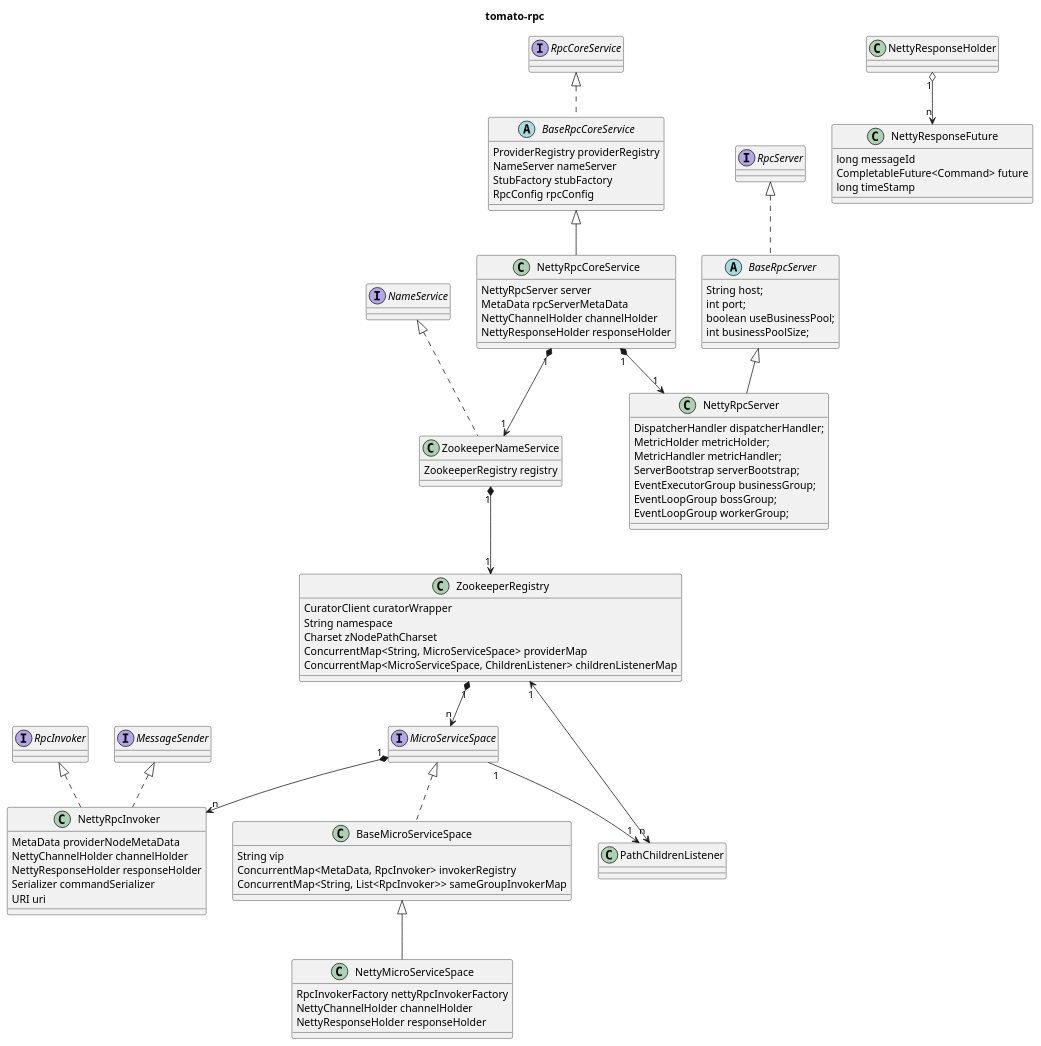
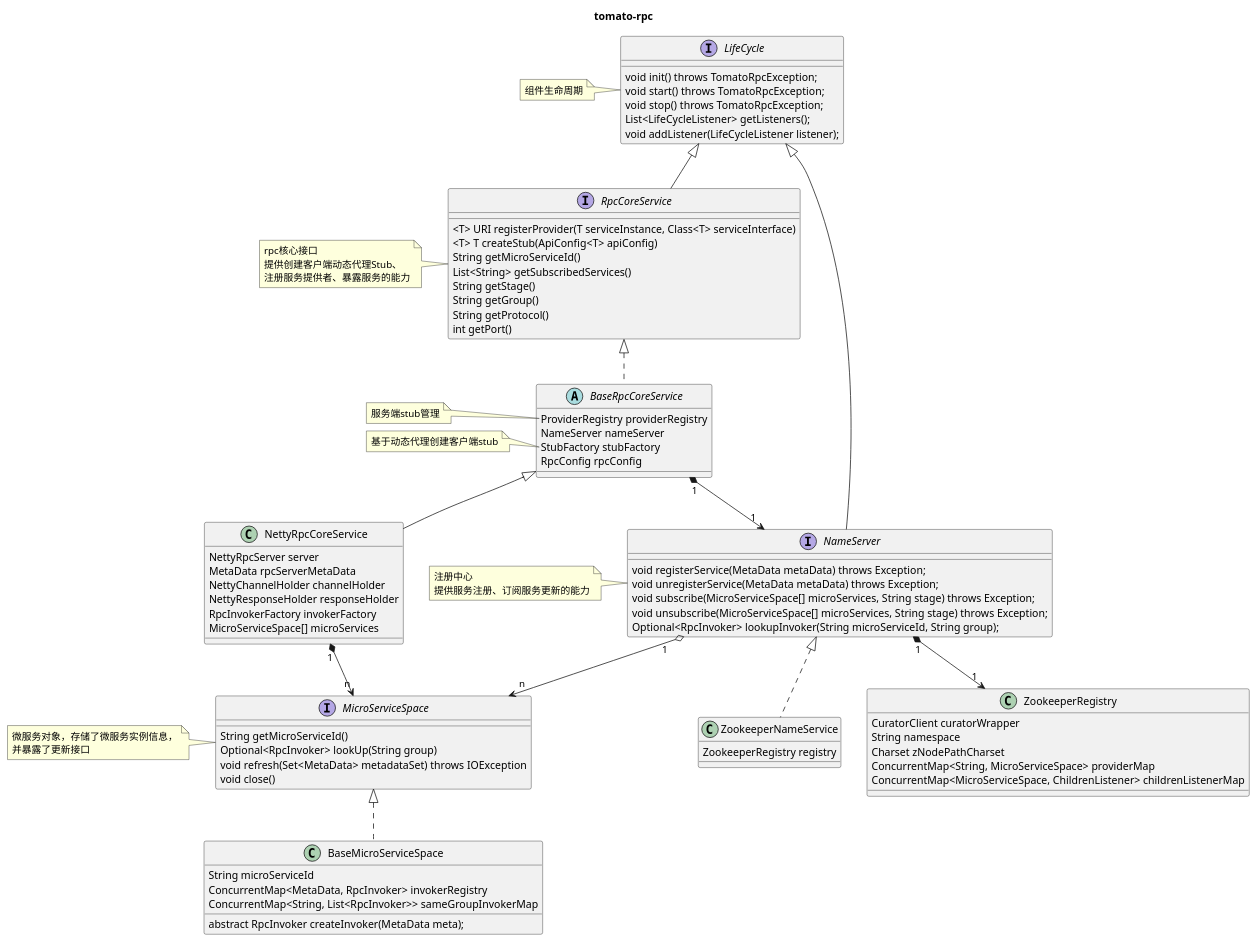
Before and after one commit to CompassA/tomato-rpc: the diagram in uml/class.puml, drawn with PlantUML. The commit also changed 48 other files, not shown here.

Commit message:
feature: 调整MicroServiceSpace与NameServer的依赖关系，NameServer不负责MicroService的创建

```diff
--- a/uml/class.puml
+++ b/uml/class.puml
@@ -1,84 +1,109 @@
 @startuml
 
 title tomato-rpc
+interface LifeCycle {
 
-class ZookeeperNameService implements NameService {
+    void init() throws TomatoRpcException;
+    void start() throws TomatoRpcException;
+    void stop() throws TomatoRpcException;
+    List<LifeCycleListener> getListeners();
+    void addListener(LifeCycleListener listener);
+}
+
+interface RpcCoreService extends LifeCycle {
+    <T> URI registerProvider(T serviceInstance, Class<T> serviceInterface)
+    <T> T createStub(ApiConfig<T> apiConfig)
+    String getMicroServiceId()
+    List<String> getSubscribedServices()
+    String getStage()
+    String getGroup()
+    String getProtocol()
+    int getPort()
+}
+
+abstract class BaseRpcCoreService implements RpcCoreService {
+    ProviderRegistry providerRegistry
+    NameServer nameServer
+    StubFactory stubFactory
+    RpcConfig rpcConfig
+}
+
+interface NameServer extends LifeCycle {
+    void registerService(MetaData metaData) throws Exception;
+    void unregisterService(MetaData metaData) throws Exception;
+    void subscribe(MicroServiceSpace[] microServices, String stage) throws Exception;
+    void unsubscribe(MicroServiceSpace[] microServices, String stage) throws Exception;
+    Optional<RpcInvoker> lookupInvoker(String microServiceId, String group);
+
+}
+
+interface MicroServiceSpace {
+    String getMicroServiceId()
+    Optional<RpcInvoker> lookUp(String group)
+    void refresh(Set<MetaData> metadataSet) throws IOException
+    void close()
+}
+
+class ZookeeperNameService implements NameServer {
     ZookeeperRegistry registry
 }
 
 class ZookeeperRegistry {
     CuratorClient curatorWrapper
     String namespace
     Charset zNodePathCharset
     ConcurrentMap<String, MicroServiceSpace> providerMap
     ConcurrentMap<MicroServiceSpace, ChildrenListener> childrenListenerMap
 }
 
-abstract class BaseRpcServer implements RpcServer {
-    String host;
-    int port;
-    boolean useBusinessPool;
-    int businessPoolSize;
-}
-
-class NettyRpcServer extends BaseRpcServer {
-    DispatcherHandler dispatcherHandler;
-    MetricHolder metricHolder;
-    MetricHandler metricHandler;
-    ServerBootstrap serverBootstrap;
-    EventExecutorGroup businessGroup;
-    EventLoopGroup bossGroup;
-    EventLoopGroup workerGroup;
-}
-
-
-abstract class BaseRpcCoreService implements RpcCoreService {
-    ProviderRegistry providerRegistry
-    NameServer nameServer
-    StubFactory stubFactory
-    RpcConfig rpcConfig
-}
-
 class NettyRpcCoreService extends BaseRpcCoreService {
     NettyRpcServer server
     MetaData rpcServerMetaData
     NettyChannelHolder channelHolder
     NettyResponseHolder responseHolder
+    RpcInvokerFactory invokerFactory
+    MicroServiceSpace[] microServices
 }
 
 class BaseMicroServiceSpace implements MicroServiceSpace {
-    String vip
+    String microServiceId
     ConcurrentMap<MetaData, RpcInvoker> invokerRegistry
     ConcurrentMap<String, List<RpcInvoker>> sameGroupInvokerMap
+    abstract RpcInvoker createInvoker(MetaData meta);
 }
 
-class NettyMicroServiceSpace extends BaseMicroServiceSpace {
-    RpcInvokerFactory nettyRpcInvokerFactory
-    NettyChannelHolder channelHolder
-    NettyResponseHolder responseHolder
-}
+BaseRpcCoreService "1" *--> "1" NameServer
+NettyRpcCoreService "1" *--> "n" MicroServiceSpace
+NameServer "1" o--> "n" MicroServiceSpace
+NameServer "1" *--> "1" ZookeeperRegistry
 
-class NettyRpcInvoker implements RpcInvoker, MessageSender {
-    MetaData providerNodeMetaData
-    NettyChannelHolder channelHolder
-    NettyResponseHolder responseHolder
-    Serializer commandSerializer
-    URI uri
-}
+note left of LifeCycle
+组件生命周期
+end note
 
-class NettyResponseFuture {
-    long messageId
-    CompletableFuture<Command> future
-    long timeStamp
-}
+note left of RpcCoreService
+rpc核心接口
+提供创建客户端动态代理Stub、
+注册服务提供者、暴露服务的能力
+end note
 
-NettyRpcCoreService "1" *--> "1" ZookeeperNameService
-ZookeeperNameService "1"*--> "1" ZookeeperRegistry
-ZookeeperRegistry "1" *--> "n" MicroServiceSpace
-ZookeeperRegistry "1" <--> "n" PathChildrenListener
-MicroServiceSpace "1" --> "1" PathChildrenListener
-MicroServiceSpace "1" *--> "n" NettyRpcInvoker
-NettyResponseHolder "1" o--> "n" NettyResponseFuture
-NettyRpcCoreService "1" *--> "1" NettyRpcServer
+note left of BaseRpcCoreService::providerRegistry
+服务端stub管理
+end note
+
+note left of BaseRpcCoreService::stubFactory
+基于动态代理创建客户端stub
+end note
+
+
+note left of NameServer
+注册中心
+提供服务注册、订阅服务更新的能力
+end note
+
+note left of MicroServiceSpace
+微服务对象，存储了微服务实例信息，
+并暴露了更新接口
+end note
 
 @enduml
```
